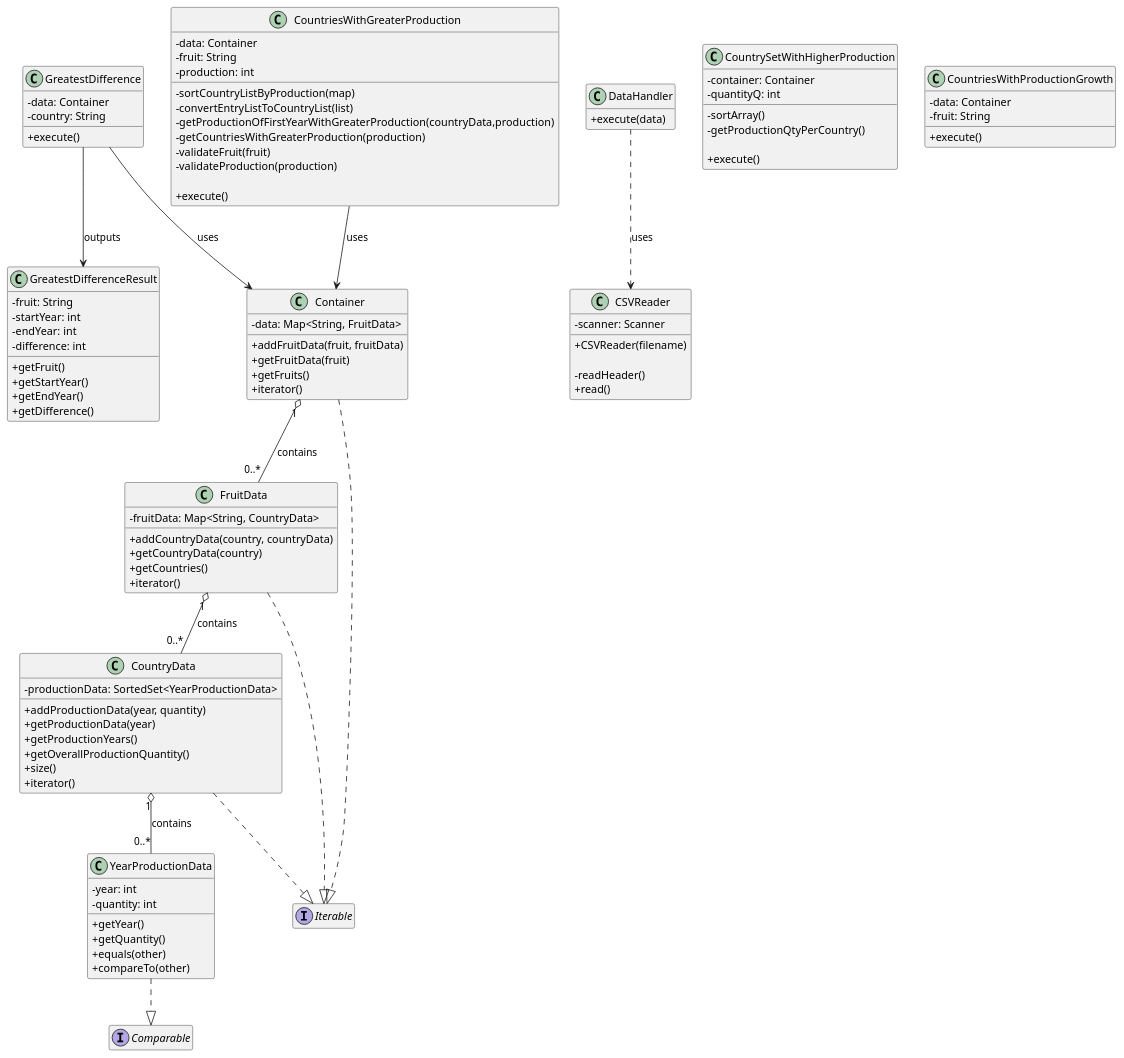
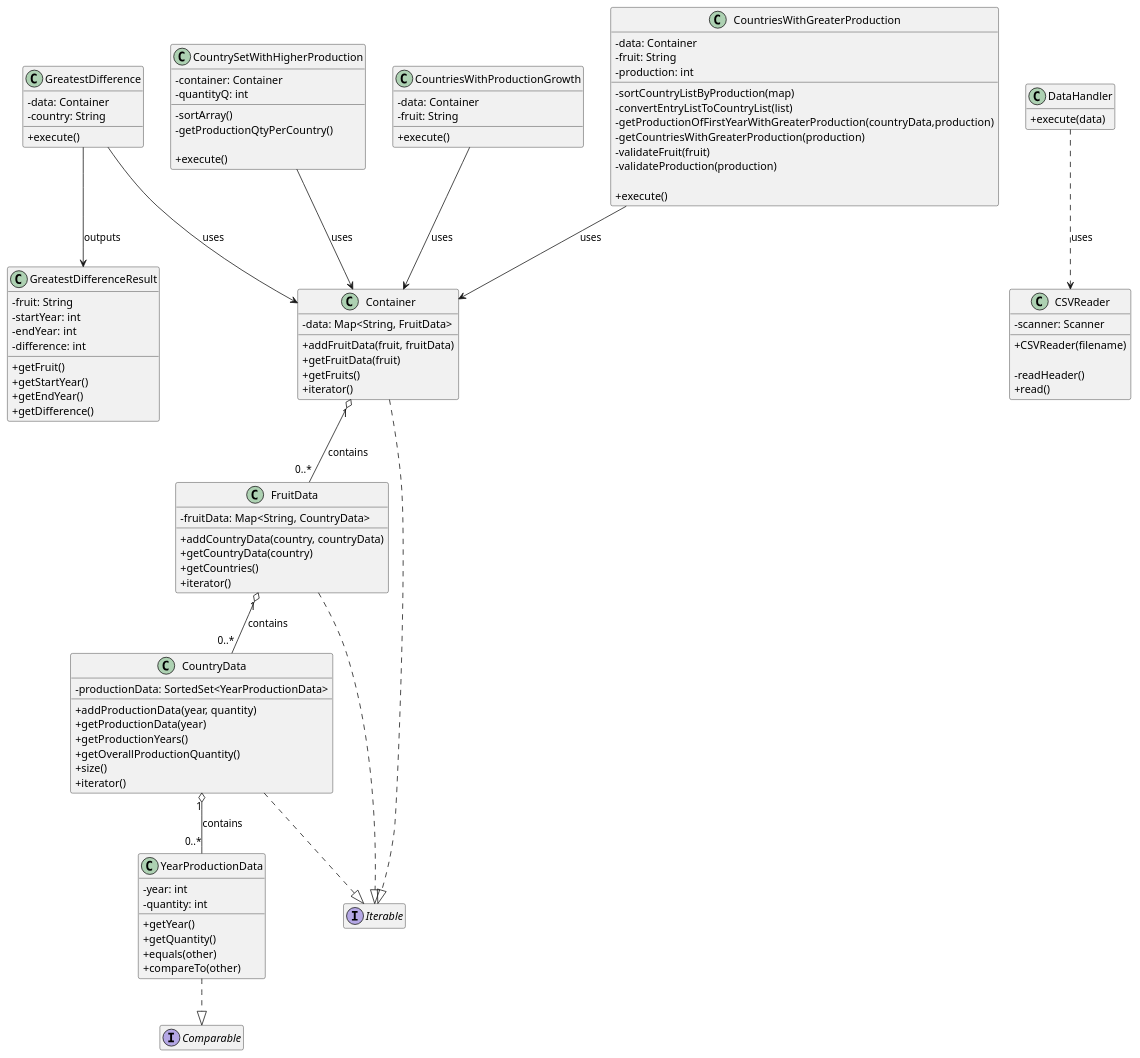
The diagram in docs/CD_complete.puml (ricardo177m/esinf-trab01), drawn with PlantUML before and after one commit. The commit also changed 1 other file, not shown here.

```diff
--- a/docs/CD_complete.puml
+++ b/docs/CD_complete.puml
@@ -1,134 +1,138 @@
 @startuml CD_COMPLETE
 
 skinparam classAttributeIconSize 0
 hide empty members
 
 class Container {
   -data: Map<String, FruitData>
 
   +addFruitData(fruit, fruitData)
   +getFruitData(fruit)
   +getFruits()
   +iterator()
 }
 
 class FruitData {
   -fruitData: Map<String, CountryData>
 
   +addCountryData(country, countryData)
   +getCountryData(country)
   +getCountries()
   +iterator()
 }
 
 class CountryData {
   -productionData: SortedSet<YearProductionData>
 
   +addProductionData(year, quantity)
   +getProductionData(year)
   +getProductionYears()
   +getOverallProductionQuantity()
   +size()
   +iterator()
 }
 
 class YearProductionData {
   -year: int
   -quantity: int
 
   +getYear()
   +getQuantity()
   +equals(other)
   +compareTo(other)
 }
 
 class GreatestDifferenceResult {
   - fruit: String
   - startYear: int
   - endYear: int
   - difference: int
 
   +getFruit()
   +getStartYear()
   +getEndYear()
   +getDifference()
 }
 
 class CSVReader {
   -scanner: Scanner
 
   + CSVReader(filename)
 
   - readHeader()
   + read()
 }
 
 class GreatestDifference {
   -data: Container
   -country: String
 
   +execute()
 }
 
 class DataHandler {
   +execute(data)
 }
 
 class CountrySetWithHigherProduction {
   -container: Container
   - quantityQ: int
 
   -sortArray()
   -getProductionQtyPerCountry()
 
   +execute()
 }
 
 class CountriesWithProductionGrowth {
   -data: Container
   -fruit: String
 
   +execute()
 }
 
 class CountriesWithGreaterProduction {
   -data: Container
   -fruit: String
   -production: int
 
   -sortCountryListByProduction(map)
   -convertEntryListToCountryList(list)
   -getProductionOfFirstYearWithGreaterProduction(countryData,production)
   -getCountriesWithGreaterProduction(production)
   -validateFruit(fruit)
   -validateProduction(production)
 
   +execute()
 }
 
 interface Iterable
 
 interface Comparable
 
 Container "1" o-- "0..*" FruitData : contains
 
 FruitData "1" o-- "0..*" CountryData : contains
 
 CountryData "1" o-- "0..*" YearProductionData : contains
 
 YearProductionData ..|> Comparable
 
 CountryData ..|> Iterable
 
 FruitData ..|> Iterable
 
 Container ..|> Iterable
 
 GreatestDifference --> Container : uses
 GreatestDifference --> GreatestDifferenceResult : outputs
 
 DataHandler ..> CSVReader : uses
 
 CountriesWithGreaterProduction --> Container : uses
 
+CountriesWithProductionGrowth --> Container : uses
+
+CountrySetWithHigherProduction --> Container : uses
+
 @enduml
```
